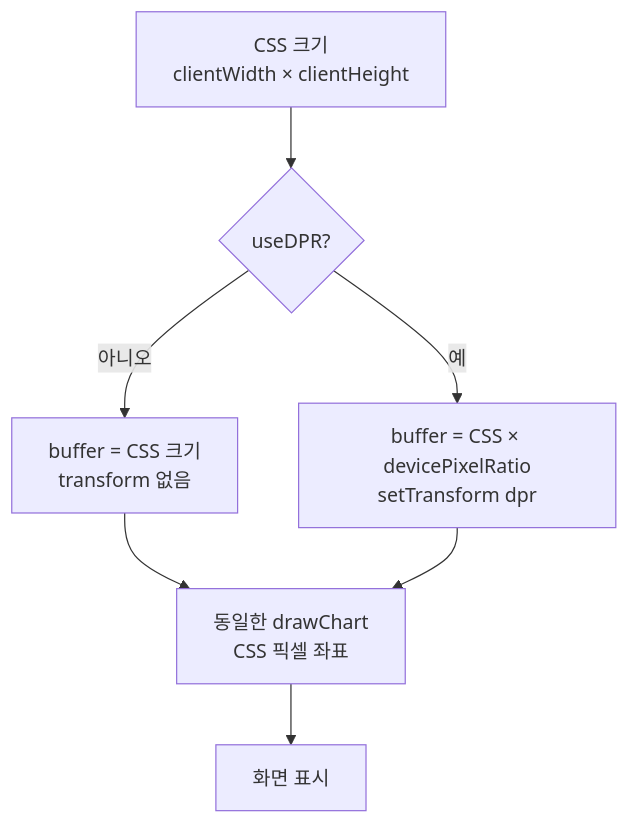
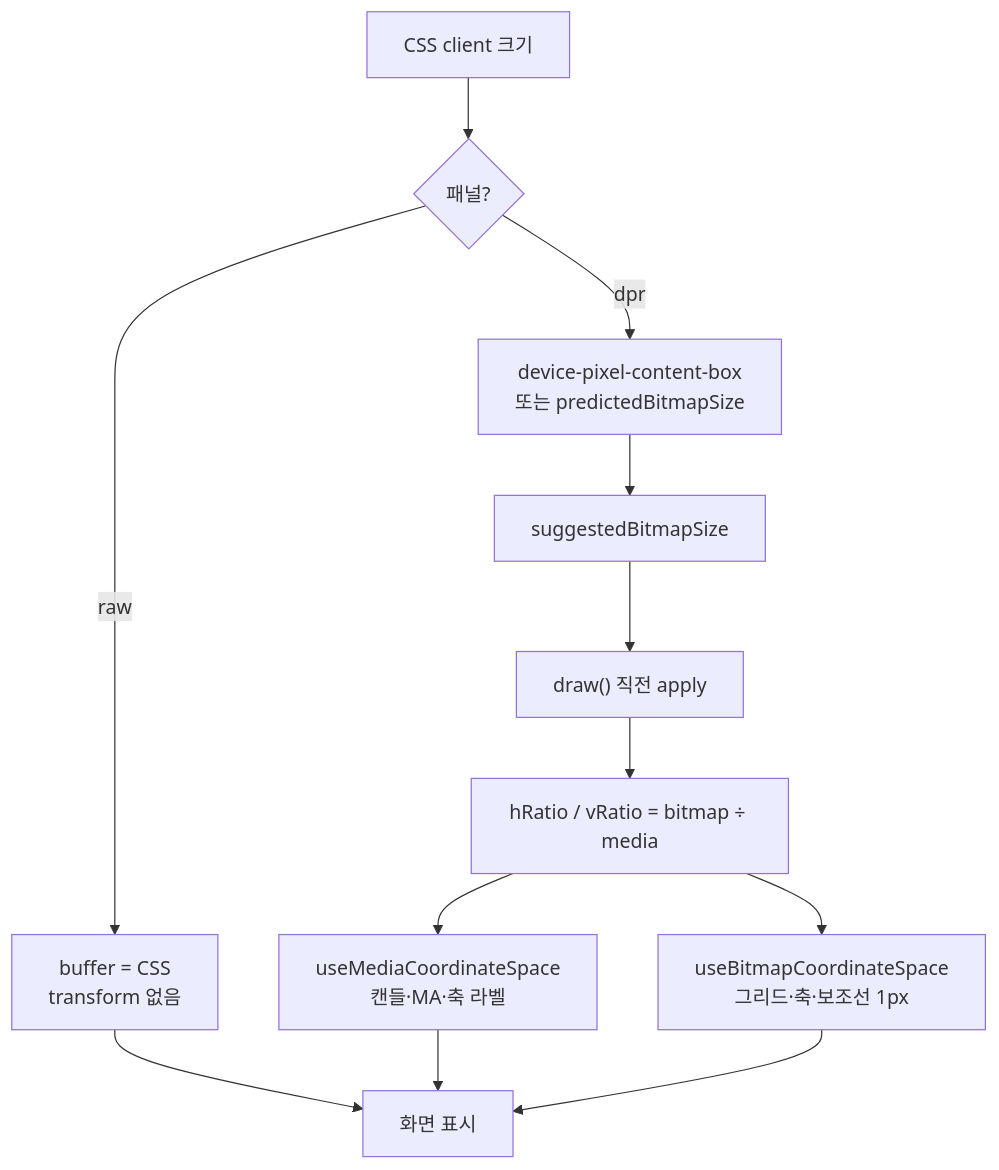
Before and after one commit to JinUng41/canvas-hidpi-candle-demo: the third of 3 diagrams in docs/features.md, drawn with Mermaid. The commit also changed other lines of this file and 5 other files, not shown here.

First line of the commit message:
Add bitmap binding and dual media/bitmap coordinate spaces.

````diff
--- a/docs/features.md
+++ b/docs/features.md
@@ -79,9 +88,14 @@
 ```mermaid
 flowchart TB
-  CSS["CSS 크기<br/>clientWidth × clientHeight"] --> Q{useDPR?}
-  Q -->|아니오| Raw["buffer = CSS 크기<br/>transform 없음"]
-  Q -->|예| Hi["buffer = CSS × devicePixelRatio<br/>setTransform dpr"]
-  Raw --> Same["동일한 drawChart<br/>CSS 픽셀 좌표"]
-  Hi --> Same
-  Same --> Out["화면 표시"]
+  CSS["CSS client 크기"] --> Q{패널?}
+  Q -->|raw| Raw["buffer = CSS<br/>transform 없음"]
+  Q -->|dpr| Obs["device-pixel-content-box<br/>또는 predictedBitmapSize"]
+  Obs --> Sug["suggestedBitmapSize"]
+  Sug --> Apply["draw() 직전 apply"]
+  Apply --> Ratio["hRatio / vRatio = bitmap ÷ media"]
+  Ratio --> Media["useMediaCoordinateSpace<br/>캔들·MA·축 라벨"]
+  Ratio --> Bmp["useBitmapCoordinateSpace<br/>그리드·축·보조선 1px"]
+  Raw --> Out["화면 표시"]
+  Media --> Out
+  Bmp --> Out
 ```
````
